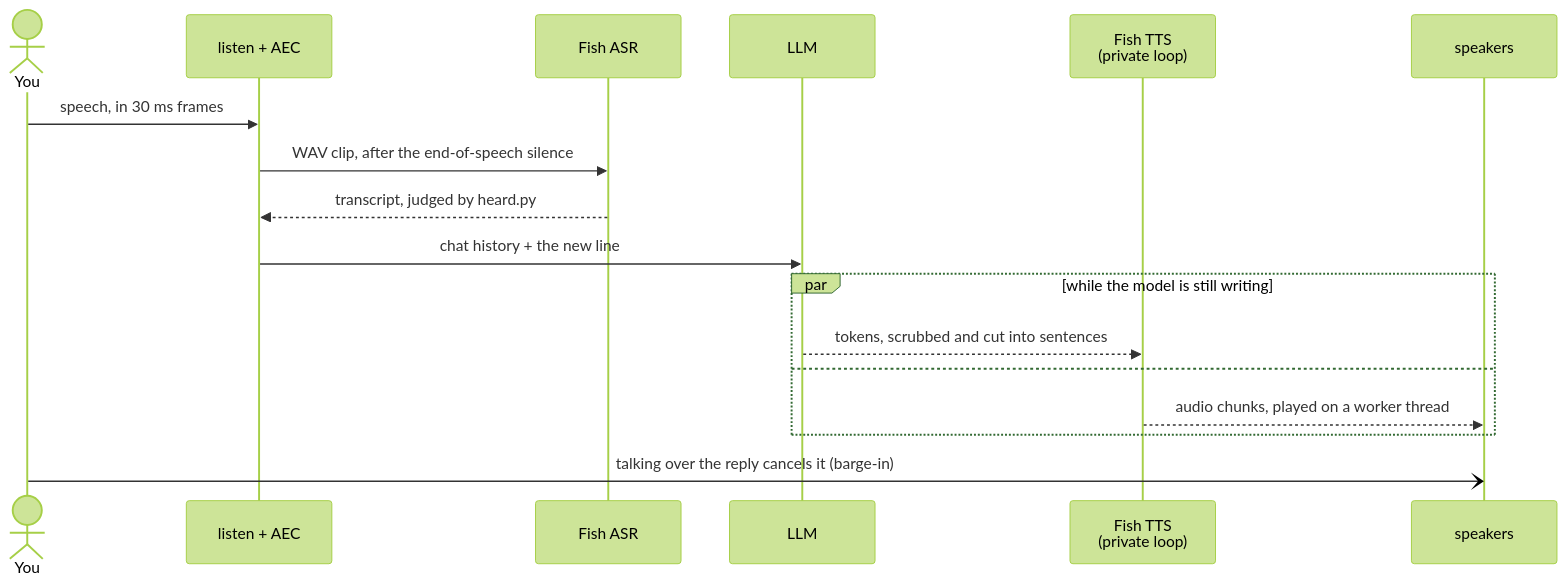
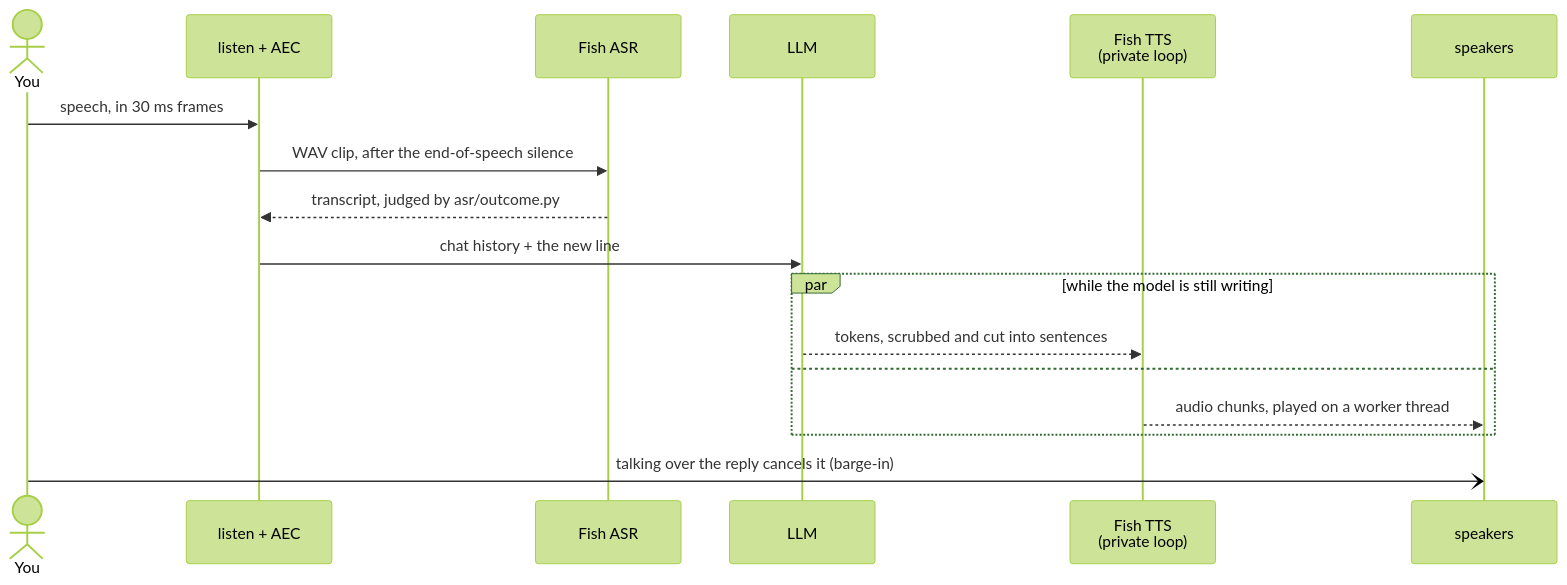
Before and after one commit to kzndotsh/fish-audio-suite: the second of 4 diagrams in docs/ARCHITECTURE.md, drawn with Mermaid (forest theme). The commit also changed other lines of this file and 29 other files, not shown here.

````diff
--- a/docs/ARCHITECTURE.md
+++ b/docs/ARCHITECTURE.md
@@ -77,20 +77,20 @@
 ```mermaid
 sequenceDiagram
     actor You
     participant Mic as listen + AEC
     participant ASR as Fish ASR
     participant LLM
     participant TTS as Fish TTS<br/>(private loop)
     participant Out as speakers
 
     You->>Mic: speech, in 30 ms frames
     Mic->>ASR: WAV clip, after the end-of-speech silence
-    ASR-->>Mic: transcript, judged by heard.py
+    ASR-->>Mic: transcript, judged by asr/outcome.py
     Mic->>LLM: chat history + the new line
     par while the model is still writing
         LLM-->>TTS: tokens, scrubbed and cut into sentences
     and
         TTS-->>Out: audio chunks, played on a worker thread
     end
     You-)Out: talking over the reply cancels it (barge-in)
 ```
````
